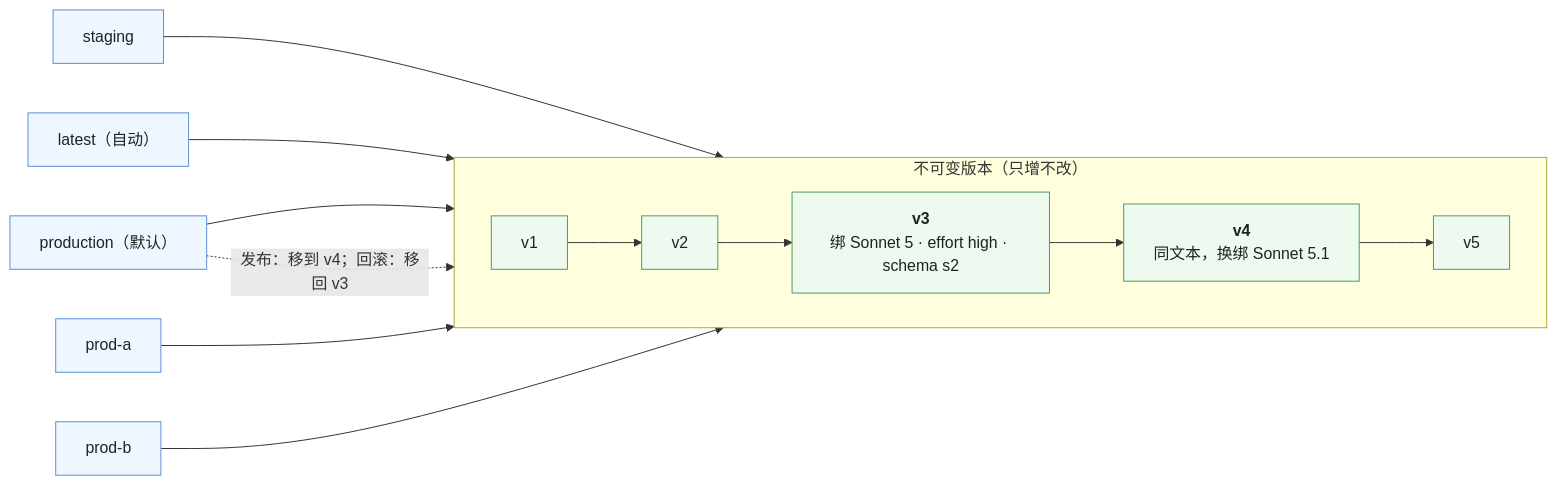
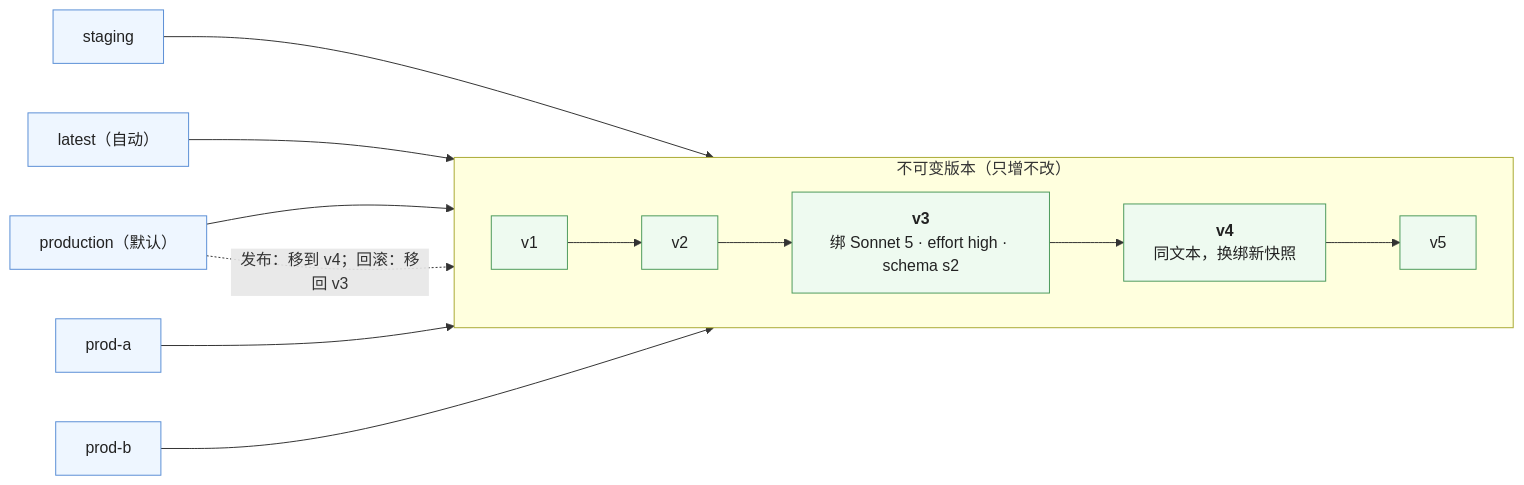
Before and after one commit to arganzheng/arganzheng.github.com: the second of 6 diagrams in _posts/2026-10-11-prompts-as-code-versioning-evals-and-context-vs-retrieval.md, drawn with Mermaid. The commit also changed other lines of this file and 5 other files, not shown here.

````diff
--- a/_posts/2026-10-11-prompts-as-code-versioning-evals-and-context-vs-retrieval.md
+++ b/_posts/2026-10-11-prompts-as-code-versioning-evals-and-context-vs-retrieval.md
@@ -77,18 +77,18 @@
 ```mermaid
 %% 图：注册表里的版本与标签——每次修改生成一个不可变版本 v1、v2、v3…；标签是可移动的指针：production 指 v3、staging 指 v4、latest 自动跟最新、prod-a / prod-b 做 A/B；发布 = 把 production 移到 v4，回滚 = 移回 v3，都是秒级、不用部署
 flowchart LR
     subgraph V["不可变版本（只增不改）"]
         direction LR
-        V1["v1"] --> V2["v2"] --> V3["<b>v3</b><br/>绑 Sonnet 5 · effort high · schema s2"] --> V4["<b>v4</b><br/>同文本，换绑 Sonnet 5.1"] --> V5["v5"]
+        V1["v1"] --> V2["v2"] --> V3["<b>v3</b><br/>绑 Sonnet 5 · effort high · schema s2"] --> V4["<b>v4</b><br/>同文本，换绑新快照"] --> V5["v5"]
     end
     P["production（默认）"] --> V3
     S["staging"] --> V4
     L["latest（自动）"] --> V5
     A["prod-a"] --> V3
     B["prod-b"] --> V4
     P -.->|"发布：移到 v4；回滚：移回 v3"| V4
     classDef ver fill:#eefaf0,stroke:#4d9a5c,color:#222
     classDef tag fill:#eef6ff,stroke:#5b8fd6,color:#222
     class V1,V2,V3,V4,V5 ver
     class P,S,L,A,B tag
 ```
````
